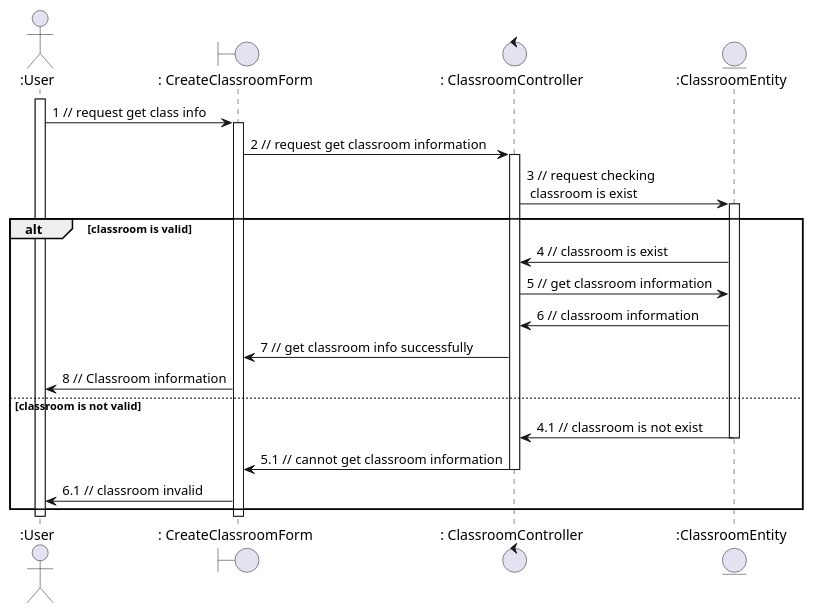
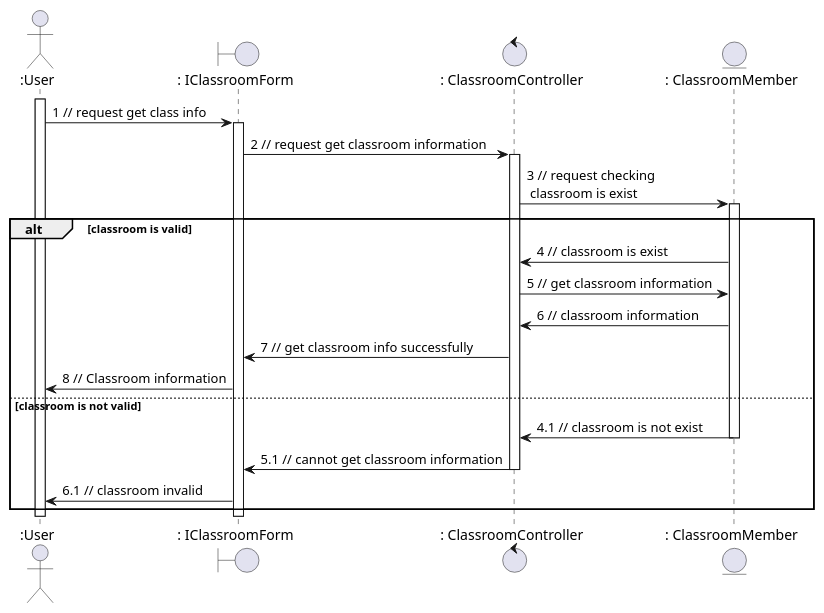
Before and after one commit to anonyhostvn/OOAD-Diagram: the diagram in sequence - analaysis/classroom/viewClass.plantuml, drawn with PlantUML. The commit also changed 13 other files, not shown here.

```diff
--- a/sequence - analaysis/classroom/viewClass.plantuml
+++ b/sequence - analaysis/classroom/viewClass.plantuml
@@ -1,32 +1,32 @@
 @startuml viewClass
 
 actor ":User"
-boundary ": CreateClassroomForm"
+boundary ": IClassroomForm"
 control ": ClassroomController"
-entity ":ClassroomEntity"
+entity ": ClassroomMember"
 
 activate ":User"
-":User" -> ": CreateClassroomForm": 1 // request get class info
-activate ": CreateClassroomForm"
-": CreateClassroomForm" -> ": ClassroomController": 2 // request get classroom information
+":User" -> ": IClassroomForm": 1 // request get class info
+activate ": IClassroomForm"
+": IClassroomForm" -> ": ClassroomController": 2 // request get classroom information
 activate ": ClassroomController"
-": ClassroomController" -> ":ClassroomEntity": 3 // request checking \n classroom is exist
-activate ":ClassroomEntity"
+": ClassroomController" -> ": ClassroomMember": 3 // request checking \n classroom is exist
+activate ": ClassroomMember"
 alt classroom is valid
-    ":ClassroomEntity" -> ": ClassroomController": 4 // classroom is exist
-    ": ClassroomController" -> ":ClassroomEntity": 5 // get classroom information
-    ":ClassroomEntity" -> ": ClassroomController": 6 // classroom information
-    ": ClassroomController" -> ": CreateClassroomForm": 7 // get classroom info successfully
-    ": CreateClassroomForm" -> ":User": 8 // Classroom information
+    ": ClassroomMember" -> ": ClassroomController": 4 // classroom is exist
+    ": ClassroomController" -> ": ClassroomMember": 5 // get classroom information
+    ": ClassroomMember" -> ": ClassroomController": 6 // classroom information
+    ": ClassroomController" -> ": IClassroomForm": 7 // get classroom info successfully
+    ": IClassroomForm" -> ":User": 8 // Classroom information
 else classroom is not valid
-    ":ClassroomEntity" -> ": ClassroomController": 4.1 // classroom is not exist
-    deactivate ":ClassroomEntity"
-    ": ClassroomController" -> ": CreateClassroomForm": 5.1 // cannot get classroom information
+    ": ClassroomMember" -> ": ClassroomController": 4.1 // classroom is not exist
+    deactivate ": ClassroomMember"
+    ": ClassroomController" -> ": IClassroomForm": 5.1 // cannot get classroom information
     deactivate ": ClassroomController"
-    ": CreateClassroomForm" -> ":User": 6.1 // classroom invalid
+    ": IClassroomForm" -> ":User": 6.1 // classroom invalid
 end
 
-deactivate ": CreateClassroomForm"
+deactivate ": IClassroomForm"
 deactivate ":User"
 
 @enduml
```
